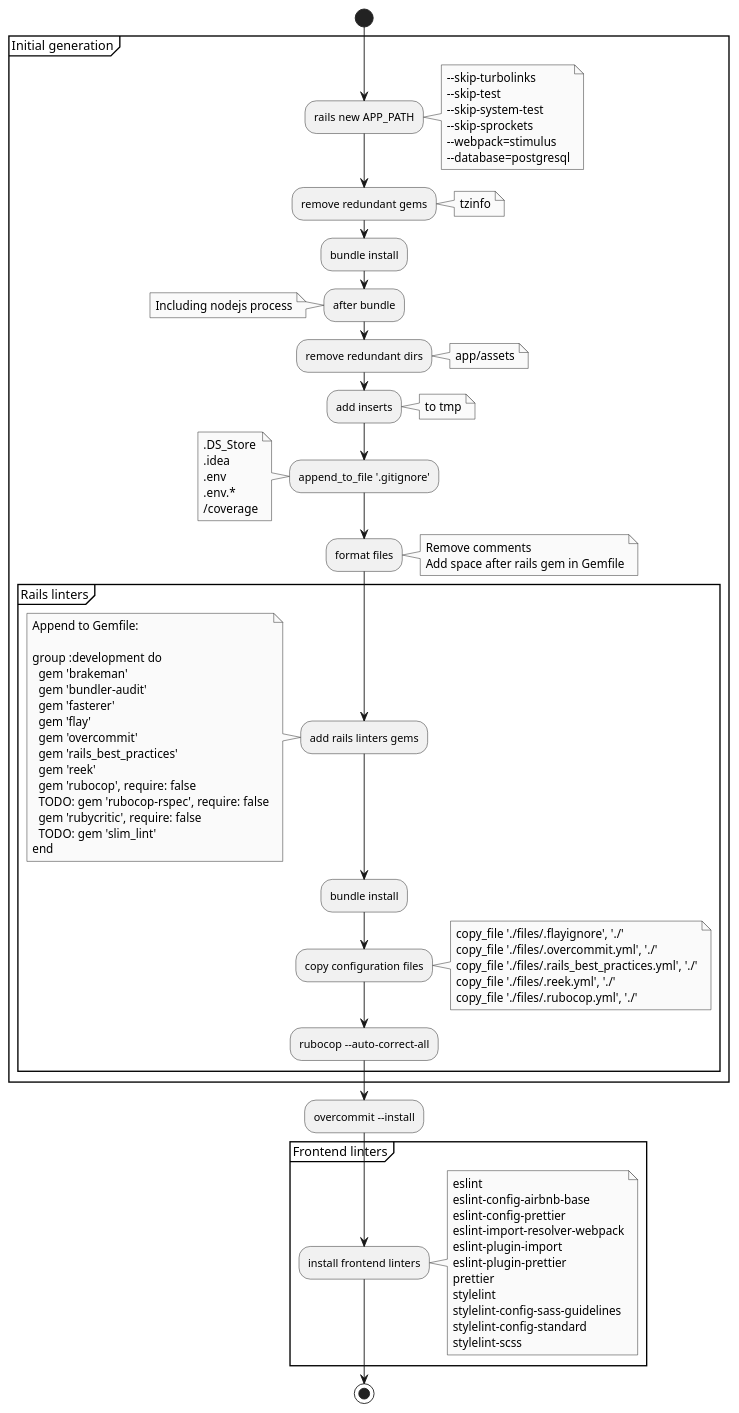
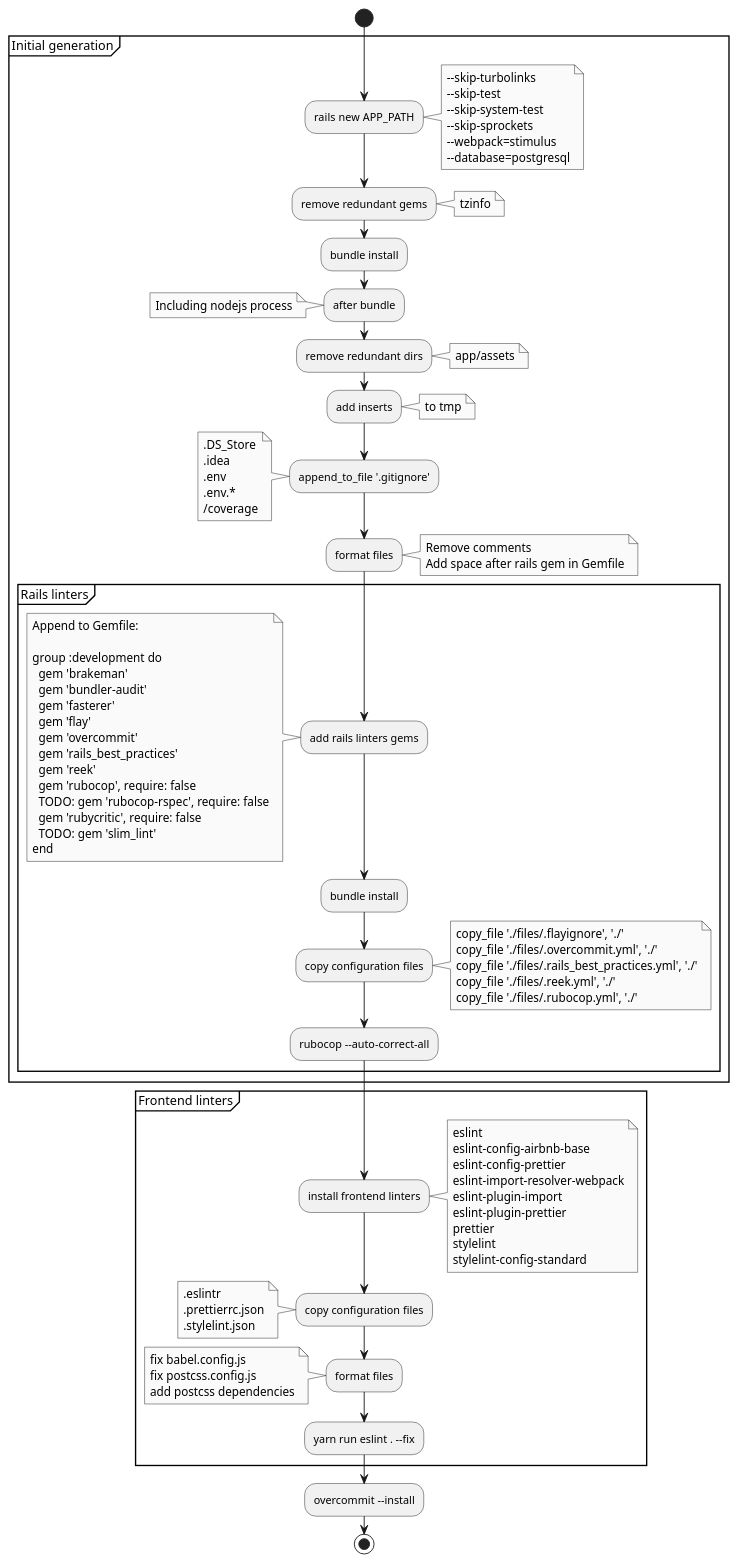
Before and after one commit to jrcech/rails_template: the first of 2 diagrams in docs/template_generator_process.md, drawn with PlantUML. The commit also changed 9 other files, not shown here.

```diff
--- a/docs/template_generator_process.md
+++ b/docs/template_generator_process.md
@@ -90,8 +90,6 @@
   }  
 }
 
-:overcommit --install;
-
 partition "Frontend linters" {
   :install frontend linters;
   note right
@@ -103,11 +101,27 @@
     eslint-plugin-prettier
     prettier
     stylelint
-    stylelint-config-sass-guidelines
     stylelint-config-standard
-    stylelint-scss
   end note
+  
+  :copy configuration files;
+  note left 
+    .eslintr
+    .prettierrc.json
+    .stylelint.json
+  end note
+  
+  :format files;
+  note left 
+    fix babel.config.js
+    fix postcss.config.js
+    add postcss dependencies
+  end note
+  
+  :yarn run eslint . --fix;
 }
+
+:overcommit --install;
 
 stop
 
```
